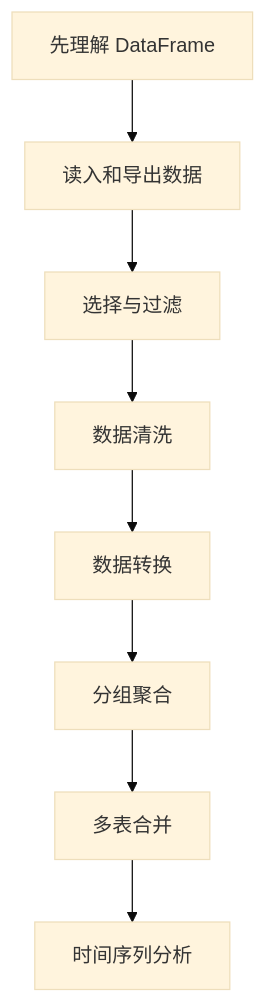
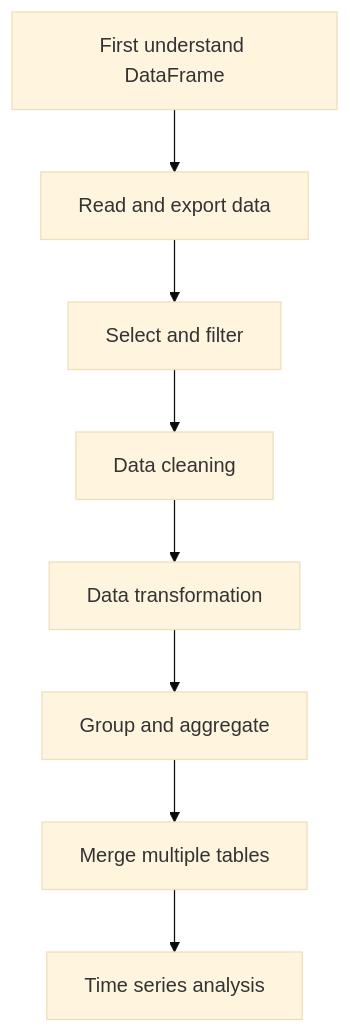
Before and after one commit to oudbiao/AI-fullstack-course: the first of 2 diagrams in docs/ch03-data-analysis/ch03-pandas/00-roadmap.md, drawn with Mermaid (base theme). The commit also changed other lines of this file and 1406 other files, not shown here.

````diff
--- a/docs/ch03-data-analysis/ch03-pandas/00-roadmap.md
+++ b/docs/ch03-data-analysis/ch03-pandas/00-roadmap.md
@@ -32,10 +32,10 @@
 ```mermaid
 flowchart TD
-  A[先理解 DataFrame] --> B[读入和导出数据]
-  B --> C[选择与过滤]
-  C --> D[数据清洗]
-  D --> E[数据转换]
-  E --> F[分组聚合]
-  F --> G[多表合并]
-  G --> H[时间序列分析]
+  A[First understand DataFrame] --> B[Read and export data]
+  B --> C[Select and filter]
+  C --> D[Data cleaning]
+  D --> E[Data transformation]
+  E --> F[Group and aggregate]
+  F --> G[Merge multiple tables]
+  G --> H[Time series analysis]
 ```
````
